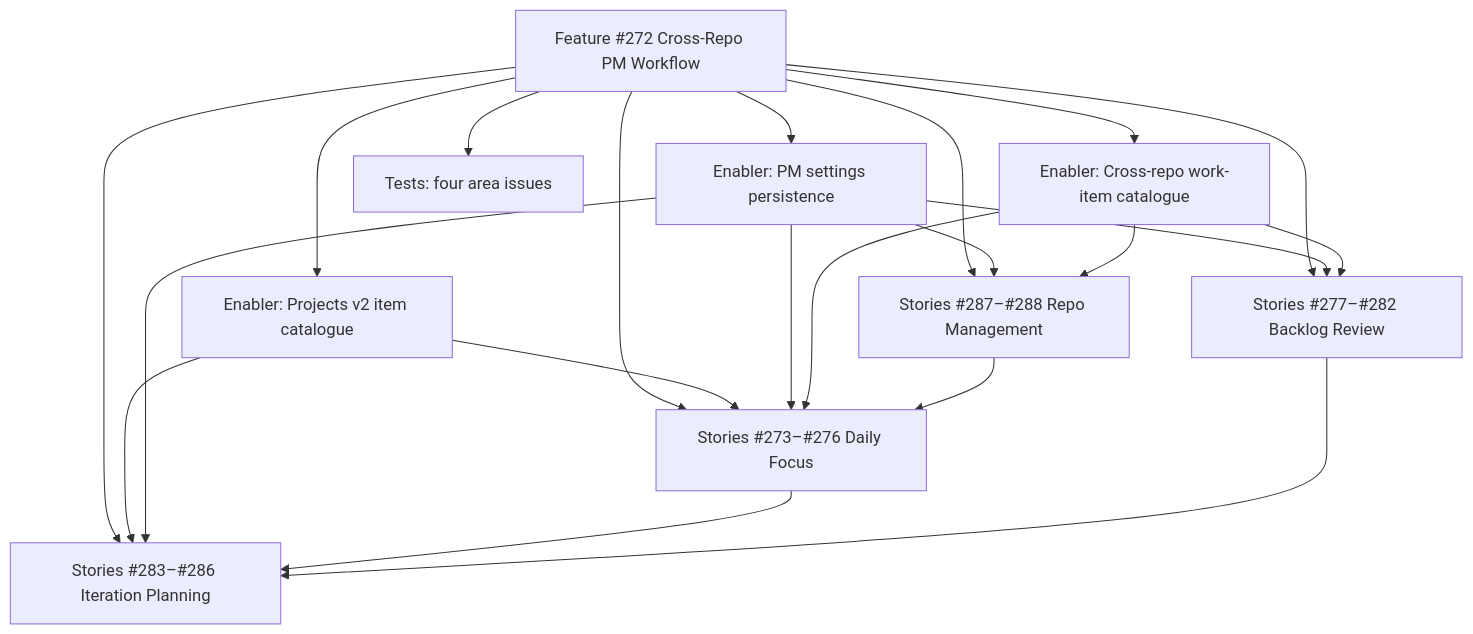
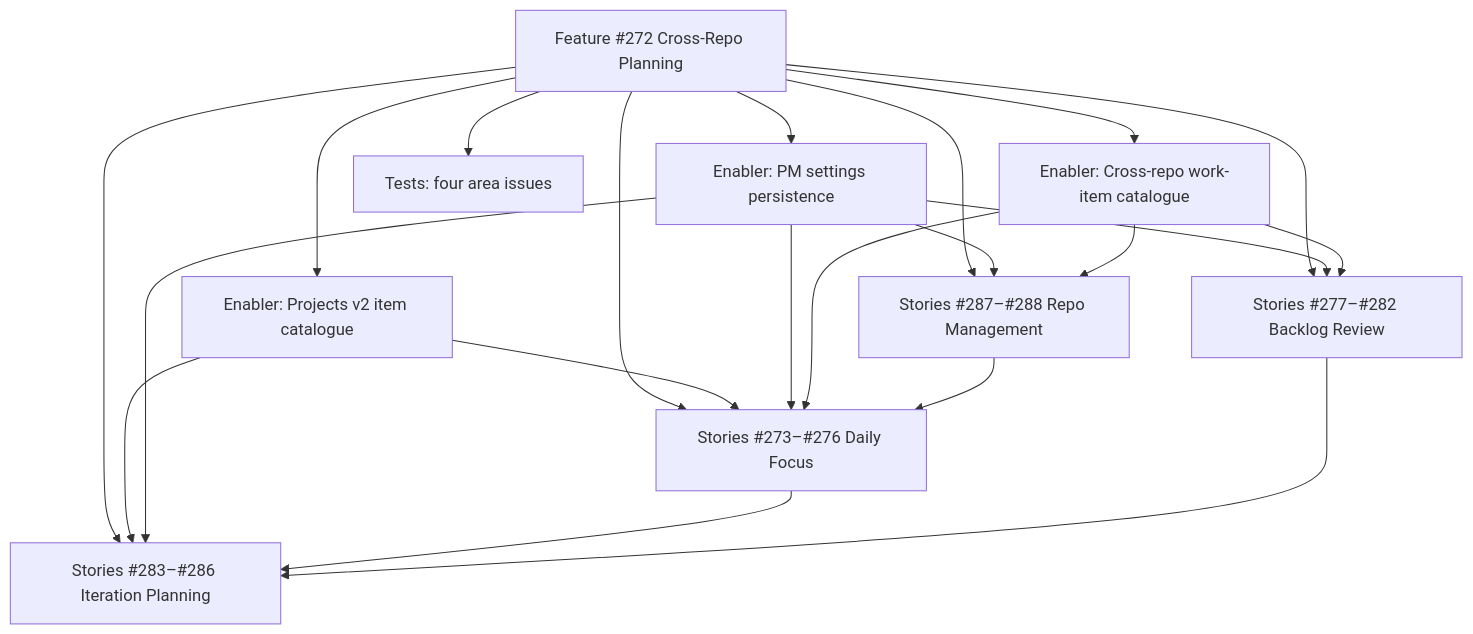
The diagram in plan/cross-repo-pm-workflow-project-plan.md (markheydon/solo-dev-board), drawn with Mermaid before and after one commit. The commit also changed other lines of this file and 363 other files, not shown here.

````diff
--- a/plan/cross-repo-pm-workflow-project-plan.md
+++ b/plan/cross-repo-pm-workflow-project-plan.md
@@ -41,23 +41,23 @@
 ```mermaid
 graph TD
-    F["Feature #272 Cross-Repo PM Workflow"] --> E1["Enabler: Projects v2 item catalogue"]
+    F["Feature #272 Cross-Repo Planning"] --> E1["Enabler: Projects v2 item catalogue"]
     F --> E2["Enabler: PM settings persistence"]
     F --> E3["Enabler: Cross-repo work-item catalogue"]
     F --> R["Stories #287–#288 Repo Management"]
     F --> D["Stories #273–#276 Daily Focus"]
     F --> B["Stories #277–#282 Backlog Review"]
     F --> P["Stories #283–#286 Iteration Planning"]
     F --> T["Tests: four area issues"]
     E1 --> D
     E1 --> P
     E2 --> R
     E2 --> D
     E2 --> B
     E2 --> P
     E3 --> D
     E3 --> B
     E3 --> R
     R --> D
     D --> P
     B --> P
 ```
````
